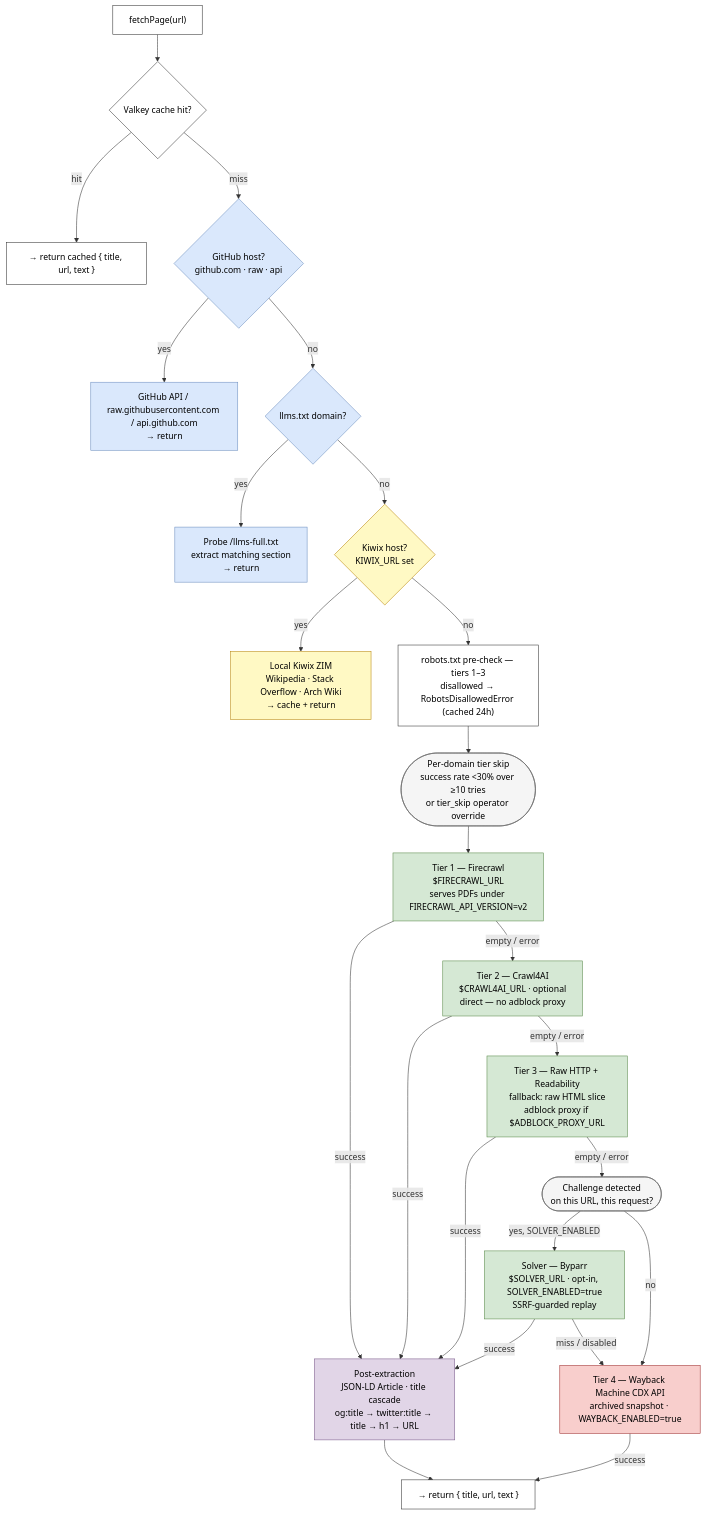
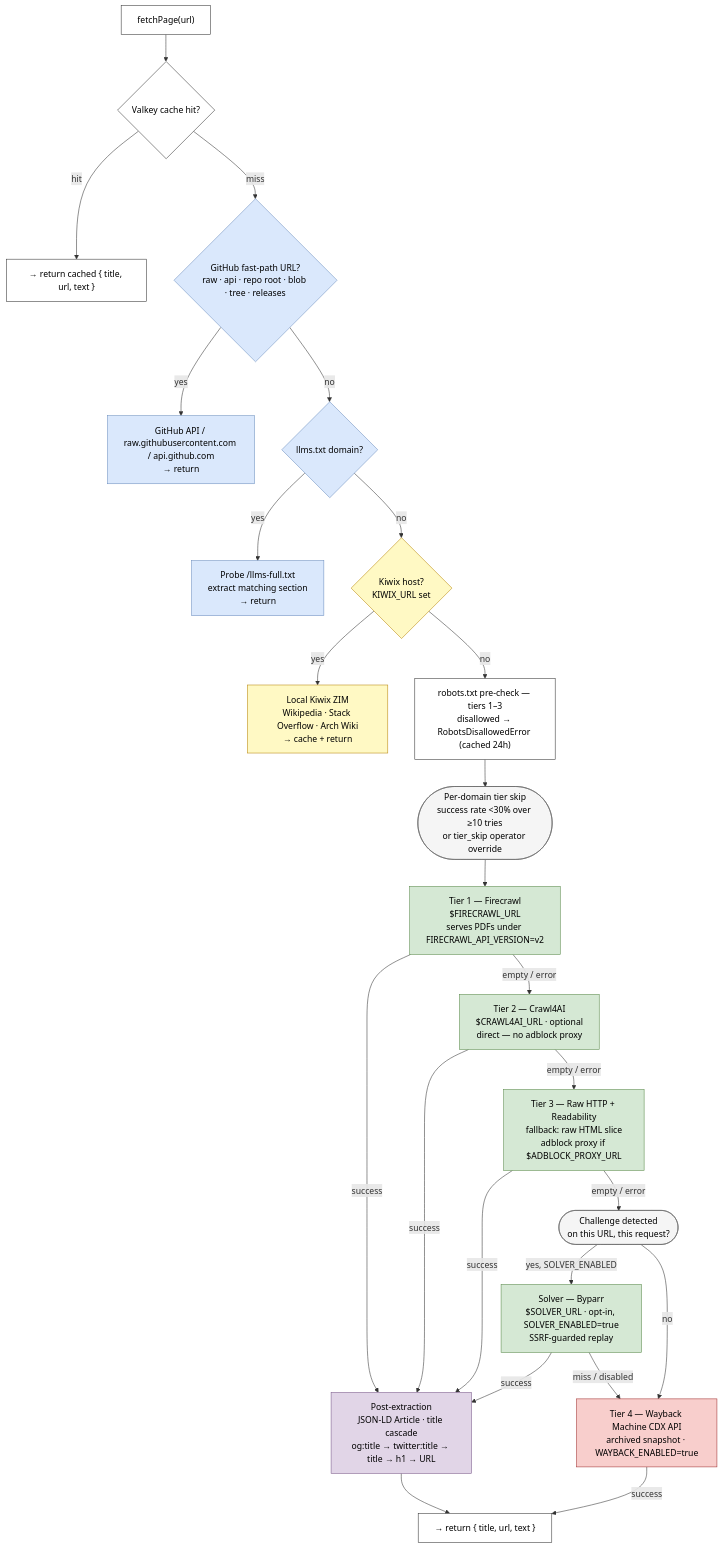
One commit to TadMSTR/searxng-mcp changed the diagram in README.md. Above: the diagram before and after it, drawn with Mermaid. The commit also changed 12 other files, not shown here.

````diff
--- a/README.md
+++ b/README.md
@@ -185,66 +185,66 @@
 ```mermaid
 flowchart TD
     entry["fetchPage(url)"]
     cache{"Valkey cache hit?"}
     cached["→ return cached { title, url, text }"]
-    github{"GitHub host?\ngithub.com · raw · api"}
+    github{"GitHub fast-path URL?\nraw · api · repo root · blob · tree · releases"}
     gh_fetch["GitHub API / raw.githubusercontent.com / api.github.com\n→ return"]
     llms{"llms.txt domain?"}
     llms_fetch["Probe /llms-full.txt\nextract matching section\n→ return"]
     kiwix{"Kiwix host?\nKIWIX_URL set"}
     kiwix_fetch["Local Kiwix ZIM\nWikipedia · Stack Overflow · Arch Wiki\n→ cache + return"]
     robots["robots.txt pre-check — tiers 1–3\ndisallowed → RobotsDisallowedError (cached 24h)"]
     tier_skip(["Per-domain tier skip\nsuccess rate &lt;30% over ≥10 tries\nor tier_skip operator override"])
     t1["Tier 1 — Firecrawl\n$FIRECRAWL_URL\nserves PDFs under FIRECRAWL_API_VERSION=v2"]
     t2["Tier 2 — Crawl4AI\n$CRAWL4AI_URL · optional\ndirect — no adblock proxy"]
     t3["Tier 3 — Raw HTTP + Readability\nfallback: raw HTML slice\nadblock proxy if $ADBLOCK_PROXY_URL"]
     challenge(["Challenge detected\non this URL, this request?"])
     solver["Solver — Byparr\n$SOLVER_URL · opt-in, SOLVER_ENABLED=true\nSSRF-guarded replay"]
     t4["Tier 4 — Wayback Machine CDX API\narchived snapshot · WAYBACK_ENABLED=true"]
     post["Post-extraction\nJSON-LD Article · title cascade\nog:title → twitter:title → title → h1 → URL"]
     result["→ return { title, url, text }"]
 
     entry --> cache
     cache -->|hit| cached
     cache -->|miss| github
     github -->|yes| gh_fetch
     github -->|no| llms
     llms -->|yes| llms_fetch
     llms -->|no| kiwix
     kiwix -->|yes| kiwix_fetch
     kiwix -->|no| robots
     robots --> tier_skip
     tier_skip --> t1
     t1 -->|success| post
     t1 -->|"empty / error"| t2
     t2 -->|success| post
     t2 -->|"empty / error"| t3
     t3 -->|success| post
     t3 -->|"empty / error"| challenge
     challenge -->|"yes, SOLVER_ENABLED"| solver
     challenge -->|no| t4
     solver -->|success| post
     solver -->|"miss / disabled"| t4
     t4 -->|success| result
     post --> result
 
     style entry fill:#ffffff,stroke:#333333,color:#000000
     style cache fill:#ffffff,stroke:#333333,color:#000000
     style cached fill:#ffffff,stroke:#333333,color:#000000
     style github fill:#dae8fc,stroke:#6c8ebf,color:#000000
     style gh_fetch fill:#dae8fc,stroke:#6c8ebf,color:#000000
     style llms fill:#dae8fc,stroke:#6c8ebf,color:#000000
     style llms_fetch fill:#dae8fc,stroke:#6c8ebf,color:#000000
     style kiwix fill:#fff9c4,stroke:#b8860b,color:#000000
     style kiwix_fetch fill:#fff9c4,stroke:#b8860b,color:#000000
     style robots fill:#ffffff,stroke:#333333,color:#000000
     style tier_skip fill:#f5f5f5,stroke:#666666,color:#000000
     style t1 fill:#d5e8d4,stroke:#5a8a4a,color:#000000
     style t2 fill:#d5e8d4,stroke:#5a8a4a,color:#000000
     style t3 fill:#d5e8d4,stroke:#5a8a4a,color:#000000
     style challenge fill:#f5f5f5,stroke:#666666,color:#000000
     style solver fill:#d5e8d4,stroke:#5a8a4a,color:#000000
     style t4 fill:#f8cecc,stroke:#a03030,color:#000000
     style post fill:#e1d5e7,stroke:#7a5a8a,color:#000000
     style result fill:#ffffff,stroke:#333333,color:#000000
 ```
````
